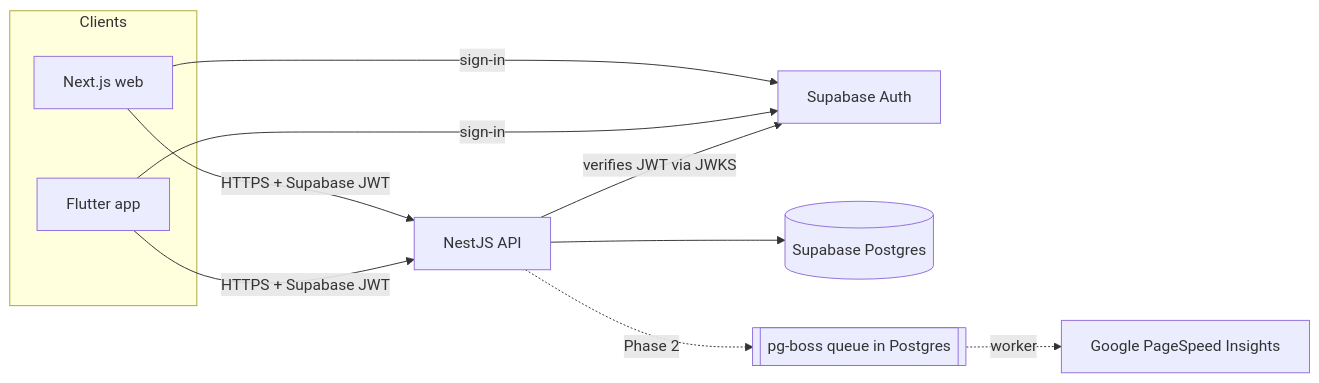
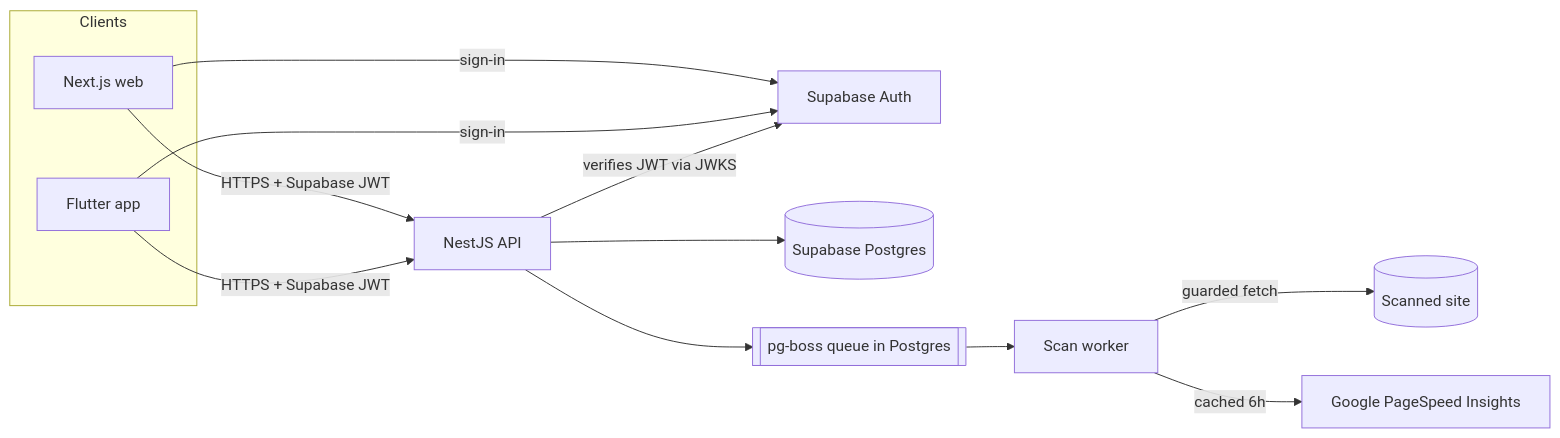
Before and after one commit to SiddharthRana/Weblume: the diagram in README.md, drawn with Mermaid. The commit also changed other lines of this file and 84 other files, not shown here.

````diff
--- a/README.md
+++ b/README.md
@@ -27,13 +28,15 @@
 ```mermaid
 flowchart LR
   subgraph Clients
     W[Next.js web]
     M[Flutter app]
   end
   W -- HTTPS + Supabase JWT --> A[NestJS API]
   M -- HTTPS + Supabase JWT --> A
   W & M -- sign-in --> SA[Supabase Auth]
   A -- verifies JWT via JWKS --> SA
   A --> DB[(Supabase Postgres)]
-  A -. Phase 2 .-> Q[[pg-boss queue in Postgres]] -. worker .-> PSI[Google PageSpeed Insights]
+  A --> Q[[pg-boss queue in Postgres]] --> WK[Scan worker]
+  WK -- guarded fetch --> T[(Scanned site)]
+  WK -- cached 6h --> PSI[Google PageSpeed Insights]
 ```
````
